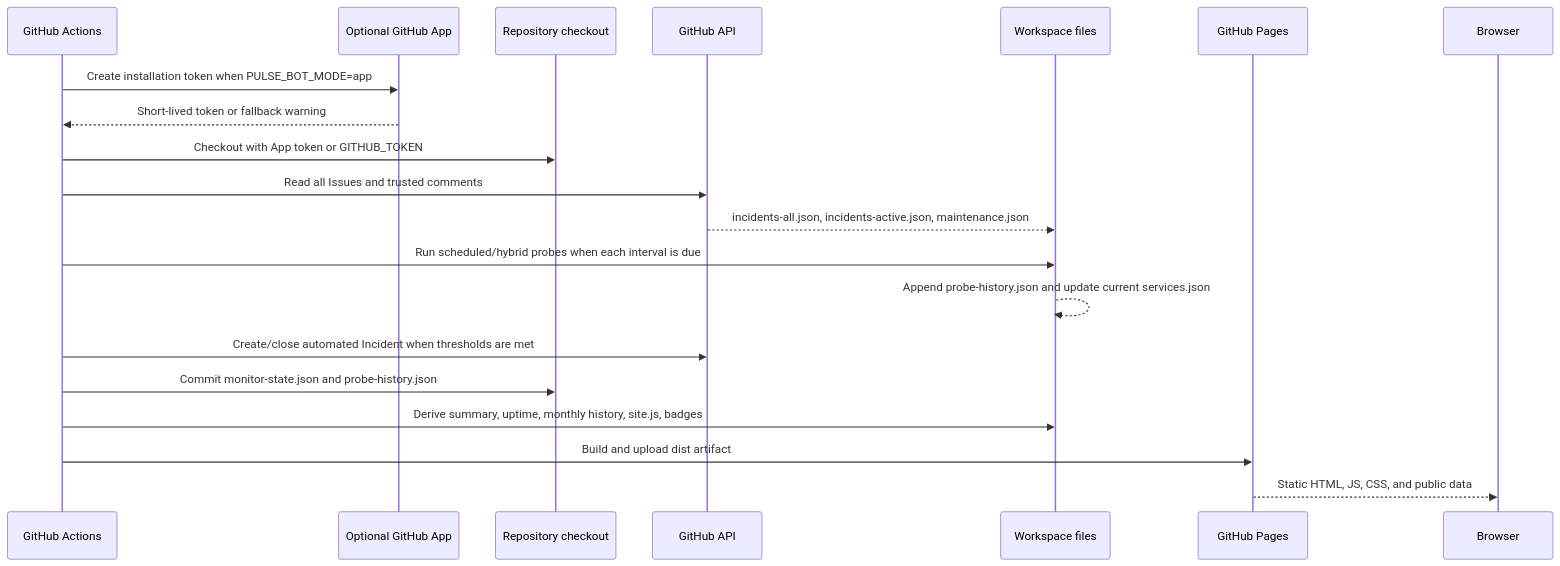
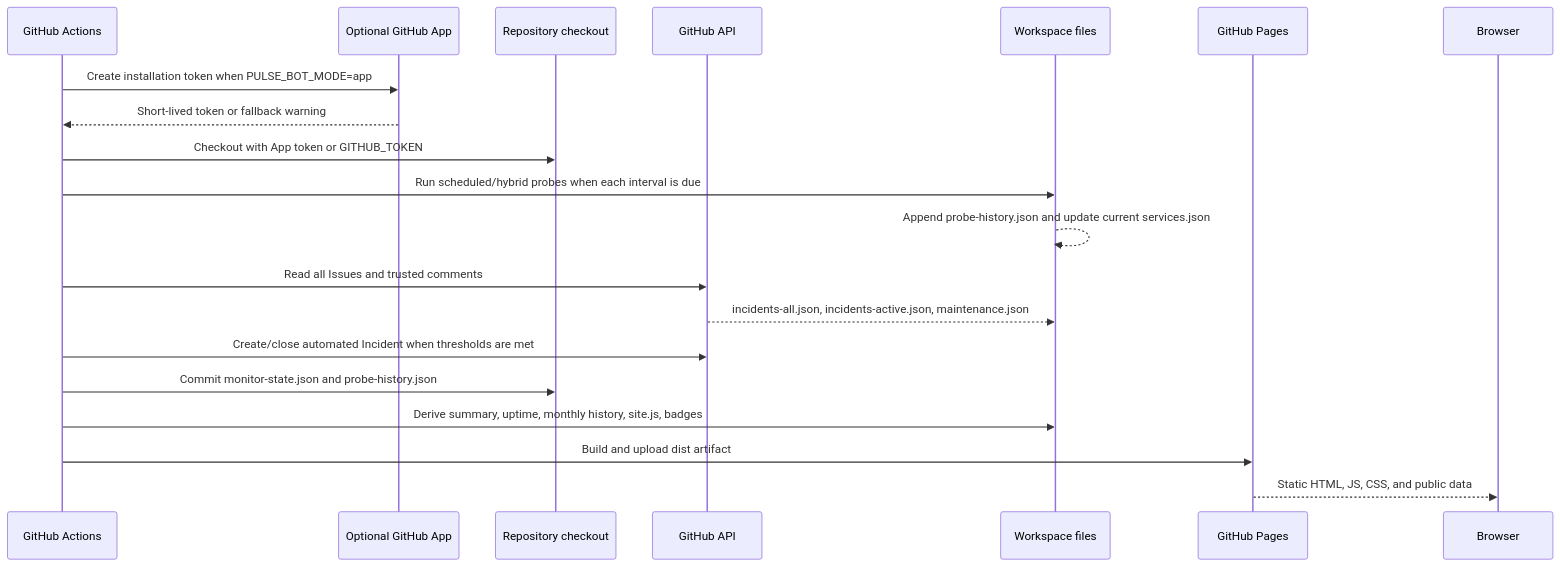
Before and after one commit to XMOJ-Script-dev/PulseStatus: the second of 4 diagrams in docs/architecture.md, drawn with Mermaid. The commit also changed other lines of this file and 16 other files, not shown here.

````diff
--- a/docs/architecture.md
+++ b/docs/architecture.md
@@ -35,22 +35,22 @@
 ```mermaid
 sequenceDiagram
     participant GH as GitHub Actions
     participant App as Optional GitHub App
     participant Repo as Repository checkout
     participant API as GitHub API
     participant FS as Workspace files
     participant Pages as GitHub Pages
 
     GH->>App: Create installation token when PULSE_BOT_MODE=app
     App-->>GH: Short-lived token or fallback warning
     GH->>Repo: Checkout with App token or GITHUB_TOKEN
+    GH->>FS: Run scheduled/hybrid probes when each interval is due
+    FS-->>FS: Append probe-history.json and update current services.json
     GH->>API: Read all Issues and trusted comments
     API-->>FS: incidents-all.json, incidents-active.json, maintenance.json
-    GH->>FS: Run scheduled/hybrid probes when each interval is due
-    FS-->>FS: Append probe-history.json and update current services.json
     GH->>API: Create/close automated Incident when thresholds are met
     GH->>Repo: Commit monitor-state.json and probe-history.json
     GH->>FS: Derive summary, uptime, monthly history, site.js, badges
     GH->>Pages: Build and upload dist artifact
     Pages-->>Browser: Static HTML, JS, CSS, and public data
 ```
````
